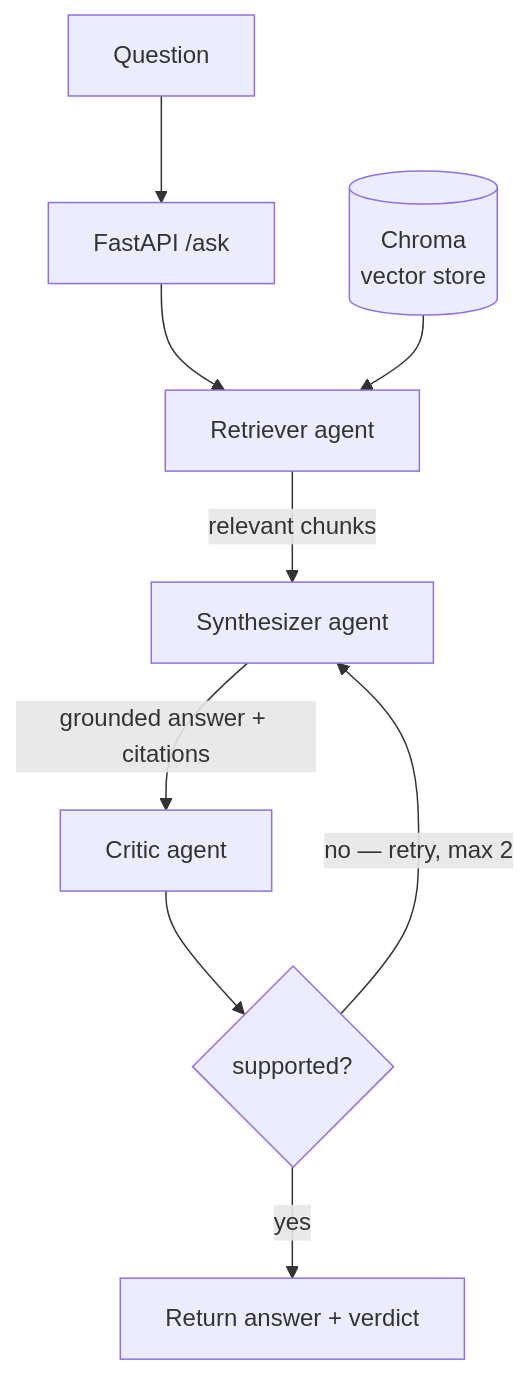
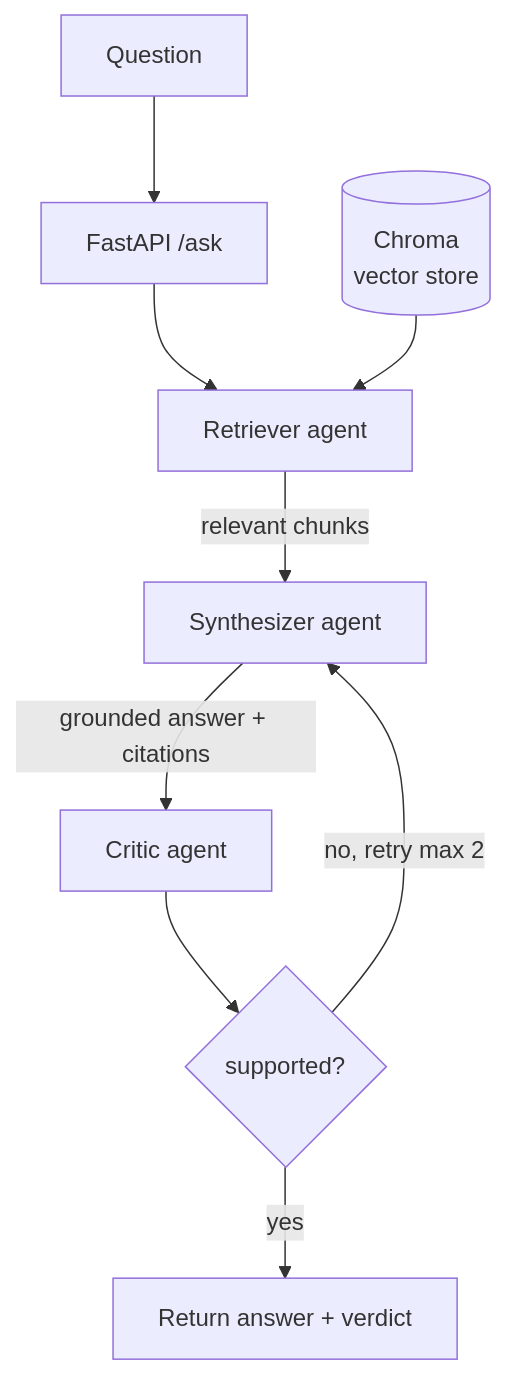
One commit to lkum11/investment-research-assistant changed the diagram in README.md. Above: the diagram before and after it, drawn with Mermaid. The commit also changed other lines of this file, not shown here.

````diff
--- a/README.md
+++ b/README.md
@@ -28,11 +19,11 @@
 ```mermaid
 flowchart TD
     Q[Question] --> API[FastAPI /ask]
     API --> R[Retriever agent]
     CH[(Chroma<br/>vector store)] --> R
     R -->|relevant chunks| S[Synthesizer agent]
     S -->|grounded answer + citations| C[Critic agent]
     C --> D{supported?}
-    D -->|no — retry, max 2| S
+    D -->|no, retry max 2| S
     D -->|yes| OUT[Return answer + verdict]
 ```
````
